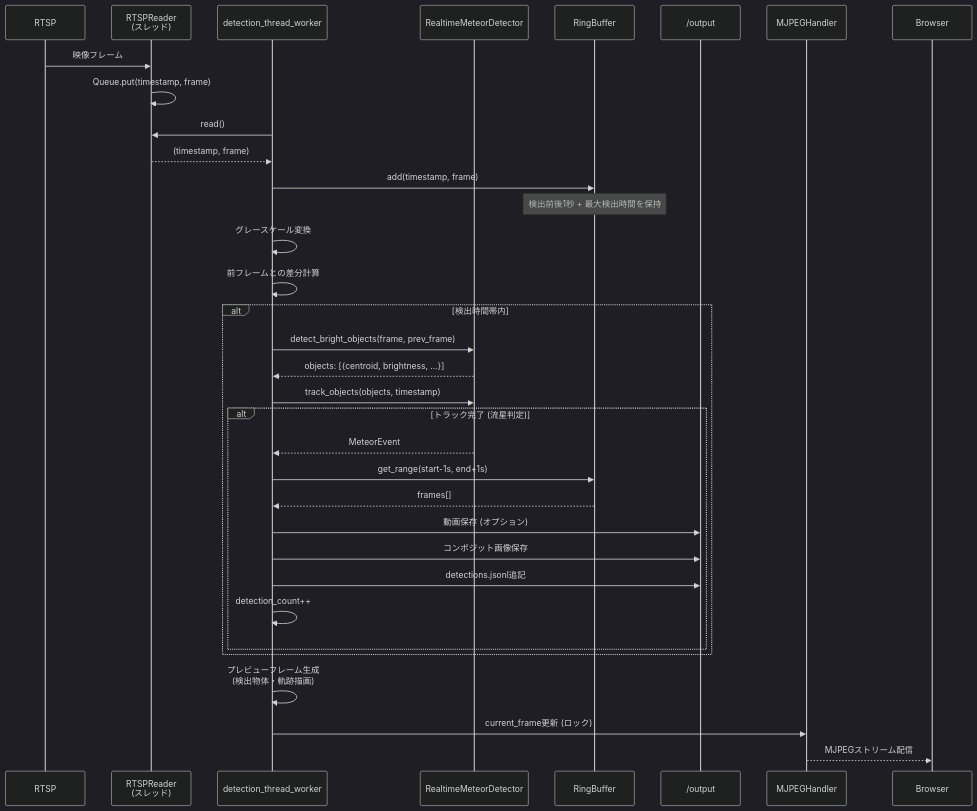
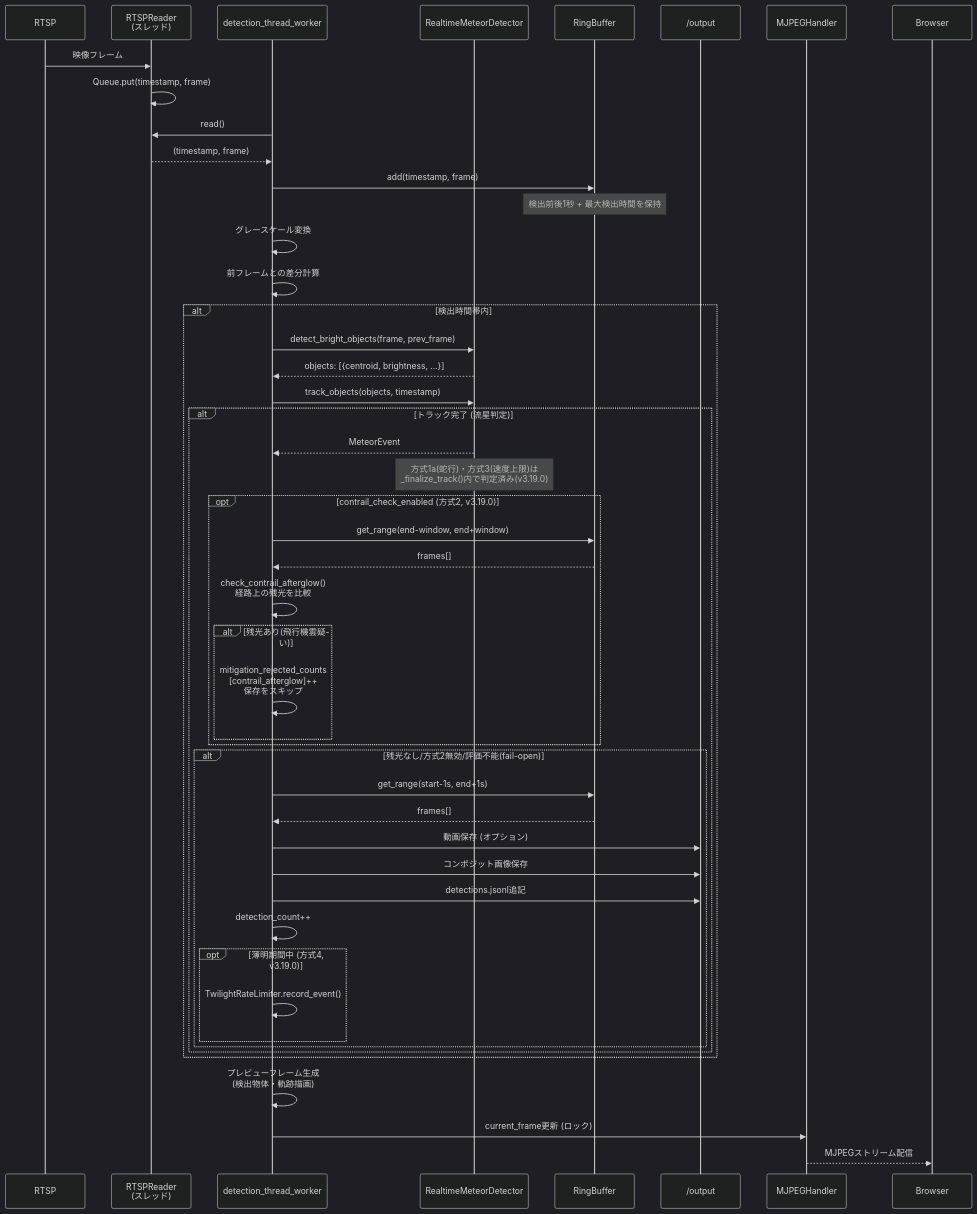
Before and after one commit to Masakai/meteo: the fourth of 6 diagrams in documents/ARCHITECTURE.md, drawn with Mermaid (dark theme). The commit also changed other lines of this file and 19 other files, not shown here.

````diff
--- a/documents/ARCHITECTURE.md
+++ b/documents/ARCHITECTURE.md
@@ -187,47 +187,63 @@
 ```mermaid
 sequenceDiagram
     participant RTSP
     participant Reader as RTSPReader<br/>(スレッド)
     participant DetectionThread as detection_thread_worker
     participant Detector as RealtimeMeteorDetector
     participant RingBuffer
     participant Storage as /output
     participant WebServer as MJPEGHandler
 
     RTSP->>Reader: 映像フレーム
     Reader->>Reader: Queue.put(timestamp, frame)
 
     DetectionThread->>Reader: read()
     Reader-->>DetectionThread: (timestamp, frame)
 
     DetectionThread->>RingBuffer: add(timestamp, frame)
     Note over RingBuffer: 検出前後1秒 + 最大検出時間を保持
 
     DetectionThread->>DetectionThread: グレースケール変換
     DetectionThread->>DetectionThread: 前フレームとの差分計算
 
     alt 検出時間帯内
         DetectionThread->>Detector: detect_bright_objects(frame, prev_frame)
         Detector-->>DetectionThread: objects: [{centroid, brightness, ...}]
 
         DetectionThread->>Detector: track_objects(objects, timestamp)
 
         alt トラック完了 (流星判定)
             Detector-->>DetectionThread: MeteorEvent
+            Note over Detector: 方式1a(蛇行)・方式3(速度上限)は<br/>_finalize_track()内で判定済み(v3.19.0)
 
-            DetectionThread->>RingBuffer: get_range(start-1s, end+1s)
-            RingBuffer-->>DetectionThread: frames[]
+            opt contrail_check_enabled (方式2, v3.19.0)
+                DetectionThread->>RingBuffer: get_range(end-window, end+window)
+                RingBuffer-->>DetectionThread: frames[]
+                DetectionThread->>DetectionThread: check_contrail_afterglow()<br/>経路上の残光を比較
+                alt 残光あり(飛行機雲疑い)
+                    DetectionThread->>DetectionThread: mitigation_rejected_counts<br/>[contrail_afterglow]++<br/>保存をスキップ
+                end
+            end
 
-            DetectionThread->>Storage: 動画保存 (オプション)
-            DetectionThread->>Storage: コンポジット画像保存
-            DetectionThread->>Storage: detections.jsonl追記
+            alt 残光なし/方式2無効/評価不能(fail-open)
+                DetectionThread->>RingBuffer: get_range(start-1s, end+1s)
+                RingBuffer-->>DetectionThread: frames[]
 
-            DetectionThread->>DetectionThread: detection_count++
+                DetectionThread->>Storage: 動画保存 (オプション)
+                DetectionThread->>Storage: コンポジット画像保存
+                DetectionThread->>Storage: detections.jsonl追記
+
+                DetectionThread->>DetectionThread: detection_count++
+
+                opt 薄明期間中 (方式4, v3.19.0)
+                    DetectionThread->>DetectionThread: TwilightRateLimiter.record_event()
+                end
+            end
         end
     end
 
     DetectionThread->>DetectionThread: プレビューフレーム生成<br/>(検出物体・軌跡描画)
     DetectionThread->>WebServer: current_frame更新 (ロック)
 
     WebServer-->>Browser: MJPEGストリーム配信
 ```
````
